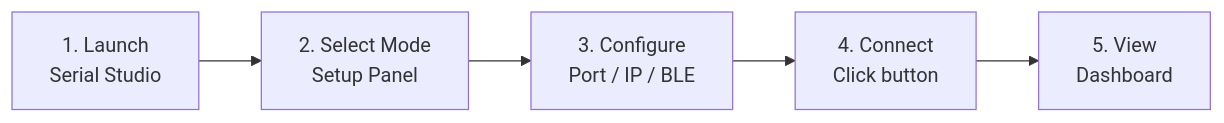
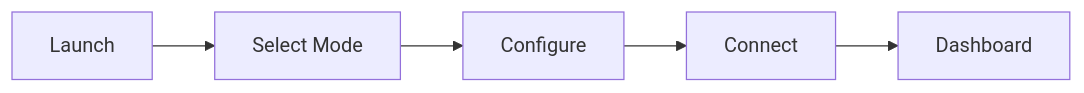
The diagram in doc/help/Getting-Started.md (Serial-Studio/Serial-Studio), drawn with Mermaid before and after one commit. The commit also changed other lines of this file and 11 other files, not shown here.

````diff
--- a/doc/help/Getting-Started.md
+++ b/doc/help/Getting-Started.md
@@ -21,7 +21,7 @@
 ```mermaid
 flowchart LR
-    A["1. Launch\nSerial Studio"] --> B["2. Select Mode\nSetup Panel"]
-    B --> C["3. Configure\nPort / IP / BLE"]
-    C --> D["4. Connect\nClick button"]
-    D --> E["5. View\nDashboard"]
+    A["Launch"] --> B["Select Mode"]
+    B --> C["Configure"]
+    C --> D["Connect"]
+    D --> E["Dashboard"]
 ```
````
